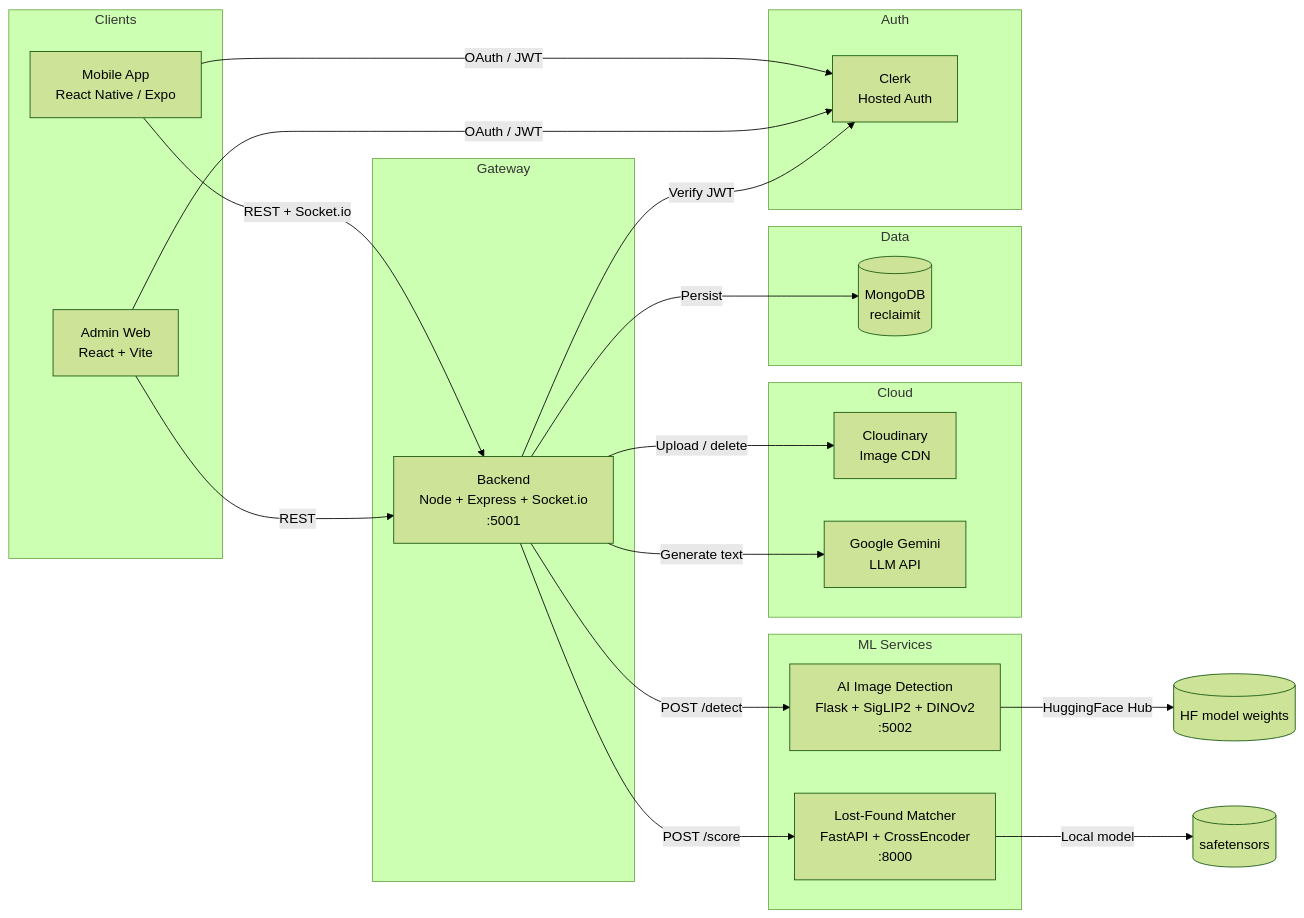
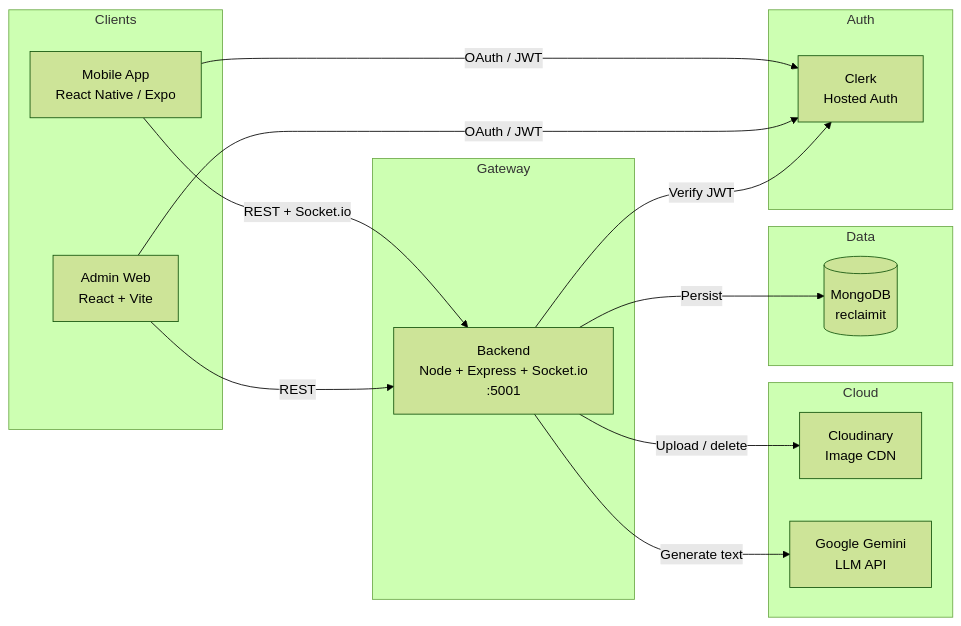
The first of 6 diagrams in PROJECT_DOCUMENTATION.md (bigyan224/ReclaimIt), drawn with Mermaid (forest theme) before and after one commit. The commit also changed other lines of this file and 41 other files, not shown here.

````diff
--- a/PROJECT_DOCUMENTATION.md
+++ b/PROJECT_DOCUMENTATION.md
@@ -131,42 +120,33 @@
 ```mermaid
 flowchart LR
     subgraph Clients
         M[Mobile App<br/>React Native / Expo]
         A[Admin Web<br/>React + Vite]
     end
 
     subgraph Gateway
         B[Backend<br/>Node + Express + Socket.io<br/>:5001]
-    end
-
-    subgraph ML Services
-        F[AI Image Detection<br/>Flask + SigLIP2 + DINOv2<br/>:5002]
-        X[Lost-Found Matcher<br/>FastAPI + CrossEncoder<br/>:8000]
     end
 
     subgraph Cloud
         C[Cloudinary<br/>Image CDN]
         G[Google Gemini<br/>LLM API]
     end
 
     subgraph Data
         D[(MongoDB<br/>reclaimit)]
     end
 
     subgraph Auth
         K[Clerk<br/>Hosted Auth]
     end
 
     M -- REST + Socket.io --> B
     A -- REST --> B
     M -- OAuth / JWT --> K
     A -- OAuth / JWT --> K
     B -- Verify JWT --> K
     B -- Persist --> D
     B -- Upload / delete --> C
-    B -- POST /detect --> F
-    B -- POST /score --> X
     B -- Generate text --> G
-    F -- HuggingFace Hub --> H[(HF model weights)]
-    X -- Local model --> Y[(safetensors)]
 ```
````
